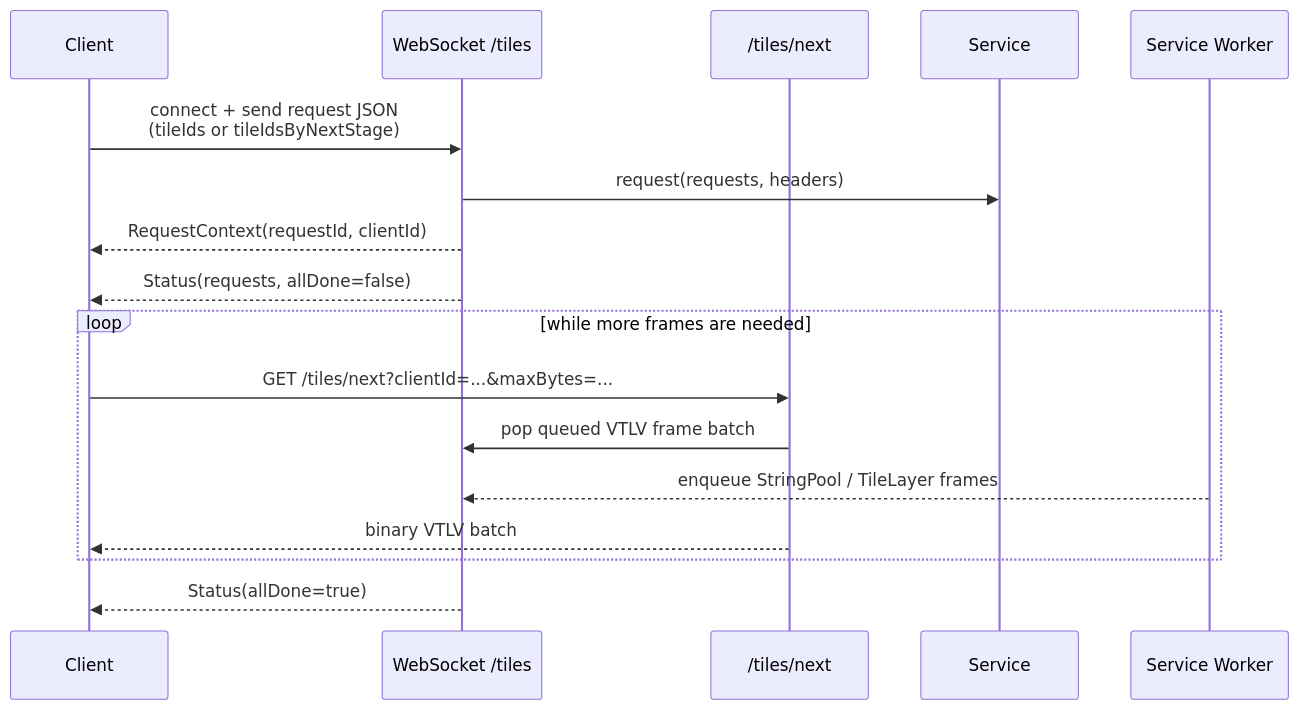
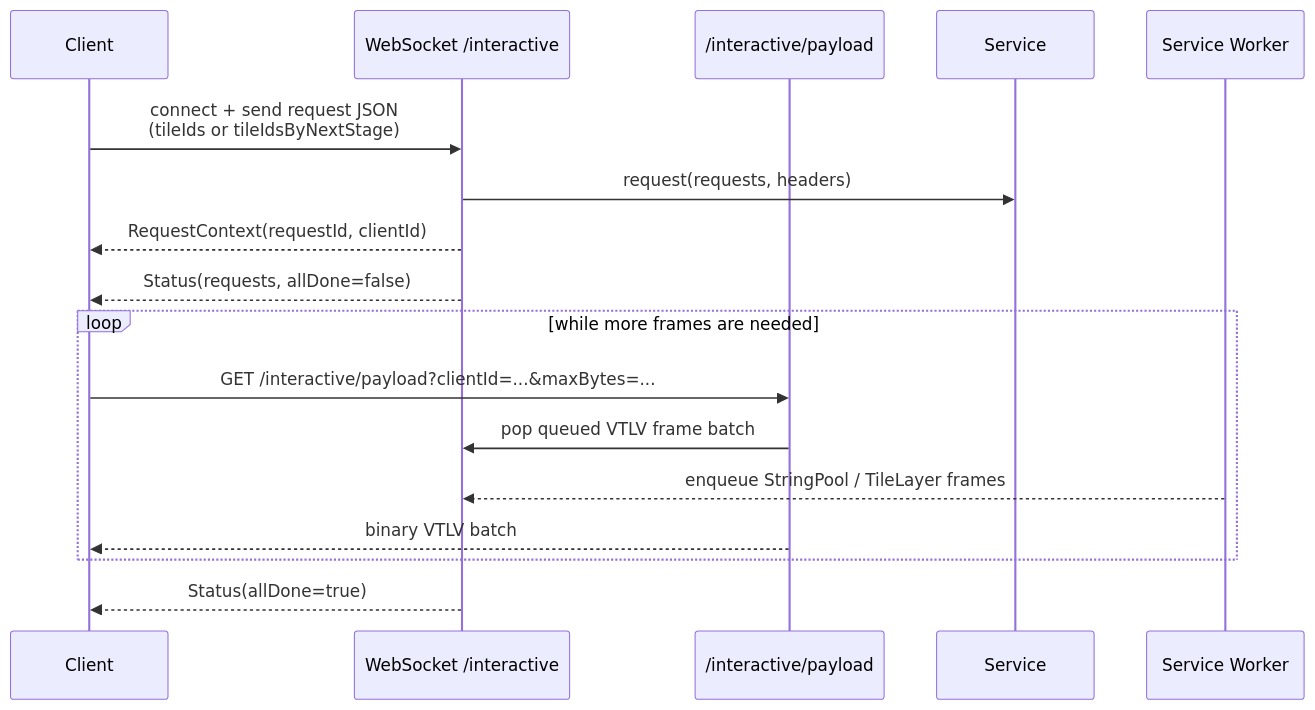
Before and after one commit to ndsev/mapget: the third of 5 diagrams in docs/mapget-dev-guide.md, drawn with Mermaid. The commit also changed other lines of this file and 18 other files, not shown here.

````diff
--- a/docs/mapget-dev-guide.md
+++ b/docs/mapget-dev-guide.md
@@ -194,20 +194,20 @@
 ```mermaid
 sequenceDiagram
   participant Client
-  participant Ws as WebSocket /tiles
-  participant Http as /tiles/next
+  participant Ws as WebSocket /interactive
+  participant Http as /interactive/payload
   participant Service as Service
   participant Worker as Service Worker
 
   Client->>Ws: connect + send request JSON<br/>(tileIds or tileIdsByNextStage)
   Ws->>Service: request(requests, headers)
   Ws-->>Client: RequestContext(requestId, clientId)
   Ws-->>Client: Status(requests, allDone=false)
   loop while more frames are needed
-    Client->>Http: GET /tiles/next?clientId=...&maxBytes=...
+    Client->>Http: GET /interactive/payload?clientId=...&maxBytes=...
     Http->>Ws: pop queued VTLV frame batch
     Worker-->>Ws: enqueue StringPool / TileLayer frames
     Http-->>Client: binary VTLV batch
   end
   Ws-->>Client: Status(allDone=true)
 ```
````
